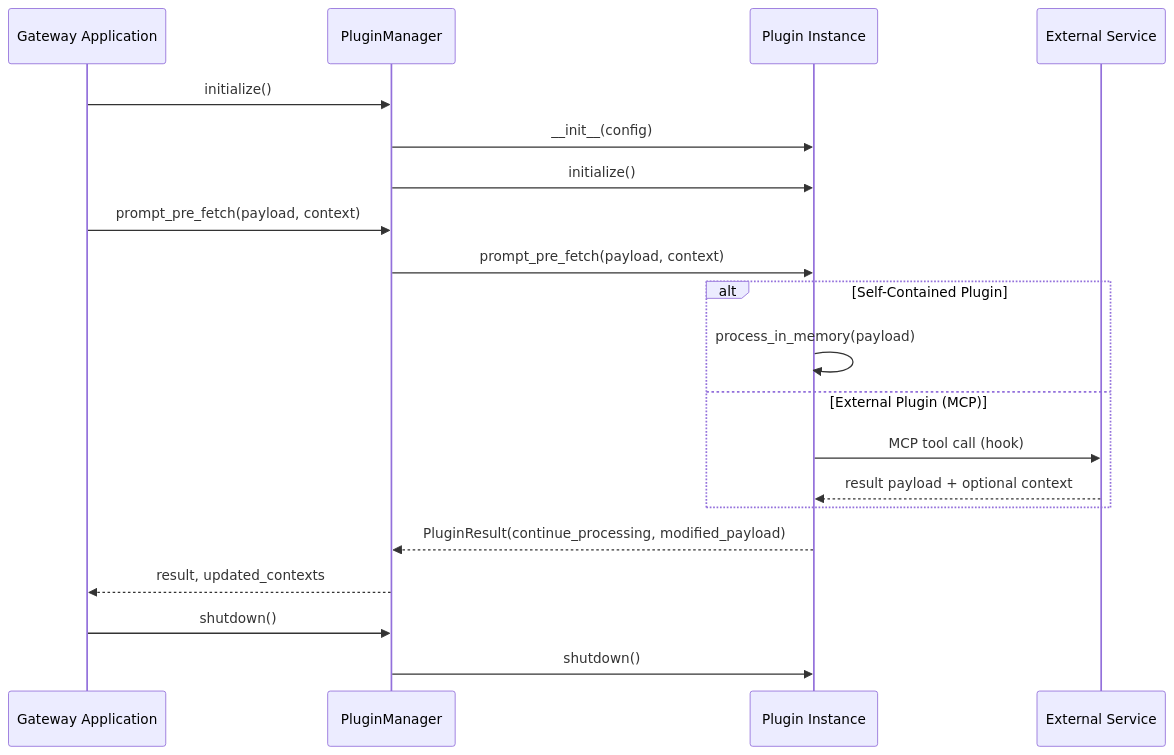
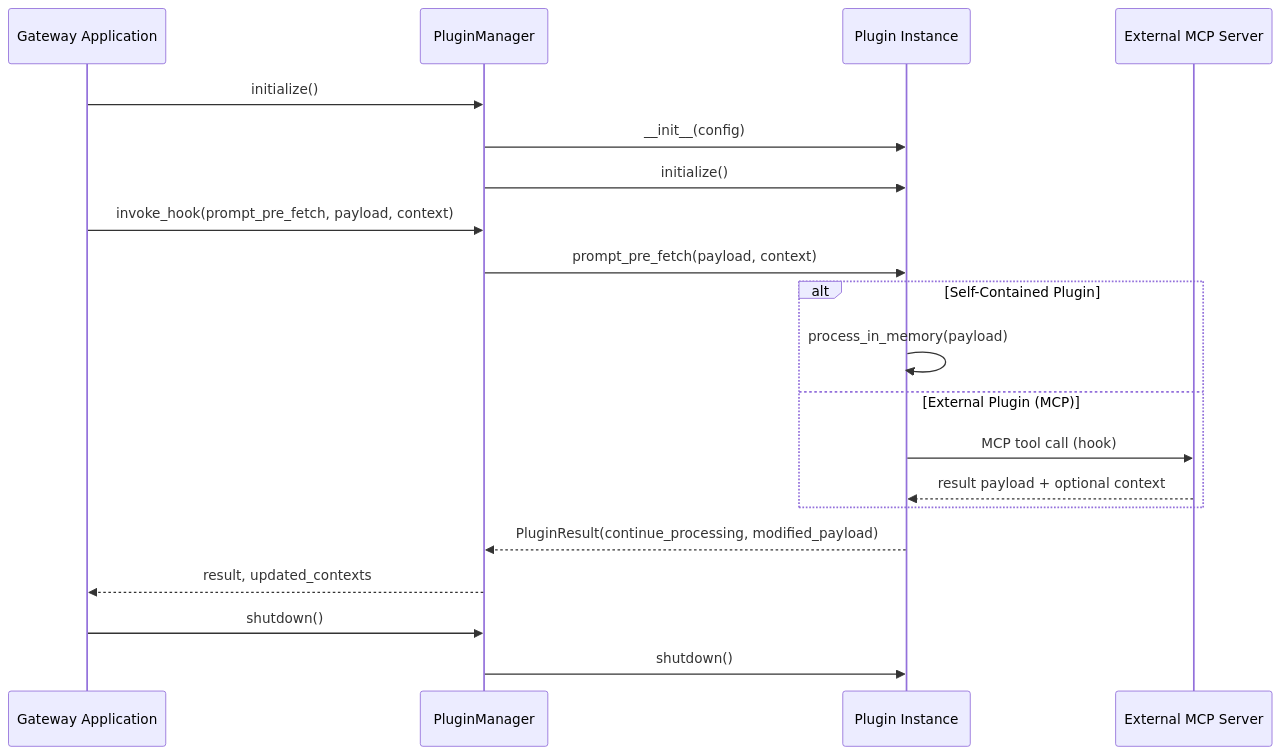
Before and after one commit to tedhabeck/mcp-context-forge: the diagram in docs/docs/architecture/adr/016-plugin-framework-ai-middleware.md, drawn with Mermaid. The commit also changed other lines of this file and 147 other files, not shown here.

First line of the commit message:
docs: refresh docs formatting, links, and diagrams (#2624)

````diff
--- a/docs/docs/architecture/adr/016-plugin-framework-ai-middleware.md
+++ b/docs/docs/architecture/adr/016-plugin-framework-ai-middleware.md
@@ -191,27 +194,27 @@
 ```mermaid
 sequenceDiagram
     participant App as Gateway Application
     participant PM as PluginManager
     participant Plugin as Plugin Instance
-    participant Service as External Service
+    participant Service as External MCP Server
 
     App->>PM: initialize()
     PM->>Plugin: __init__(config)
     PM->>Plugin: initialize()
 
-    App->>PM: prompt_pre_fetch(payload, context)
+    App->>PM: invoke_hook(prompt_pre_fetch, payload, context)
     PM->>Plugin: prompt_pre_fetch(payload, context)
 
     alt Self-Contained Plugin
         Plugin->>Plugin: process_in_memory(payload)
     else External Plugin (MCP)
         Plugin->>Service: MCP tool call (hook)
         Service-->>Plugin: result payload + optional context
     end
 
     Plugin-->>PM: PluginResult(continue_processing, modified_payload)
     PM-->>App: result, updated_contexts
 
     App->>PM: shutdown()
     PM->>Plugin: shutdown()
 ```
````
